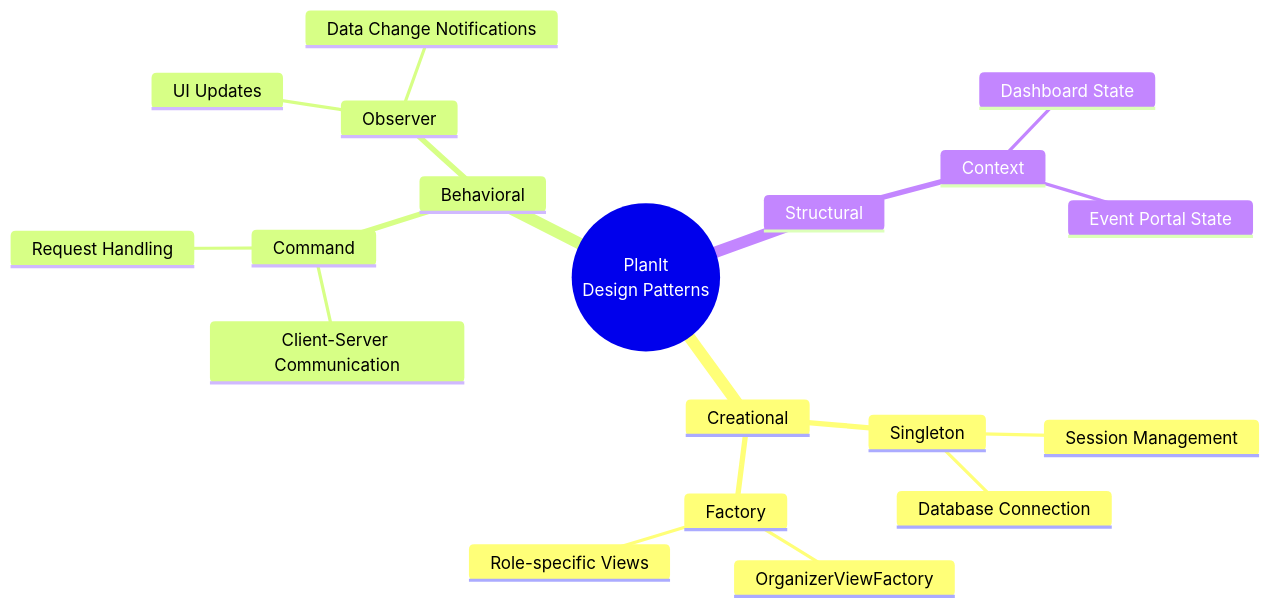
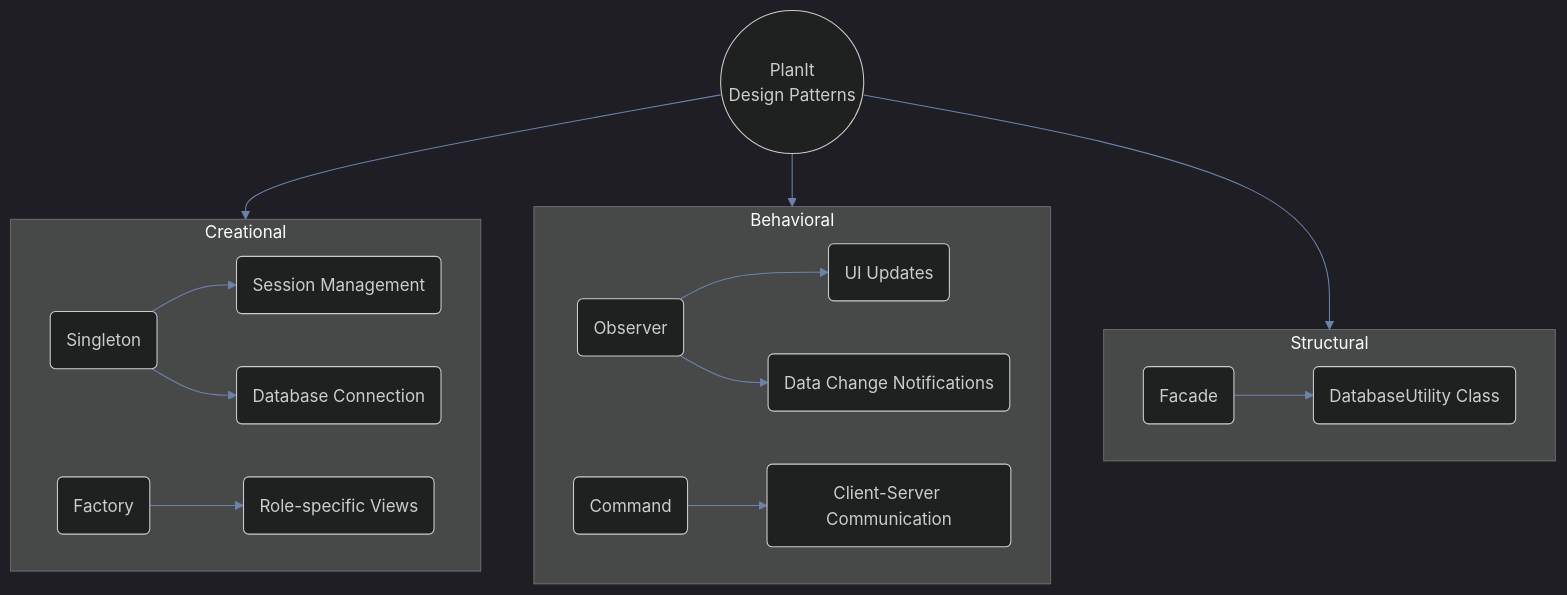
Before and after one commit to Ir-Rafi/PlanIt: the fourth of 5 diagrams in README.md, drawn with Mermaid. The commit also changed other lines of this file, not shown here.

````diff
--- a/README.md
+++ b/README.md
@@ -216,22 +212,23 @@
 ```mermaid
-mindmap
-  root((PlanIt<br>Design Patterns))
-    Creational
-      Singleton
-        Session Management
-        Database Connection
-      Factory
-        OrganizerViewFactory
-        Role-specific Views
-    Behavioral
-      Command
-        Client-Server Communication
-        Request Handling
-      Observer
-        UI Updates
-        Data Change Notifications
-    Structural
-      Context
-        Dashboard State
-        Event Portal State
+%%{init: {'theme': 'dark', 'themeVariables': { 'primaryColor': '#383a42', 'primaryTextColor': '#abb2bf', 'lineColor': '#6b83aA', 'secondaryColor': '#282c34', 'tertiaryColor': '#21252b'}}}%%
+graph TD
+    Root((PlanIt<br>Design Patterns)) --> Creational
+    Root --> Behavioral
+    Root --> Structural
+
+    subgraph Creational
+        C1(Singleton) --> C1a(Session Management)
+        C1 --> C1b(Database Connection)
+        C2(Factory) --> C2a(Role-specific Views)
+    end
+
+    subgraph Behavioral
+        B1(Observer) --> B1a(UI Updates)
+        B1 --> B1b(Data Change Notifications)
+        B2(Command) --> B2a(Client-Server Communication)
+    end
+
+    subgraph Structural
+        S1(Facade) --> S1a(DatabaseUtility Class)
+    end
 ```
````
